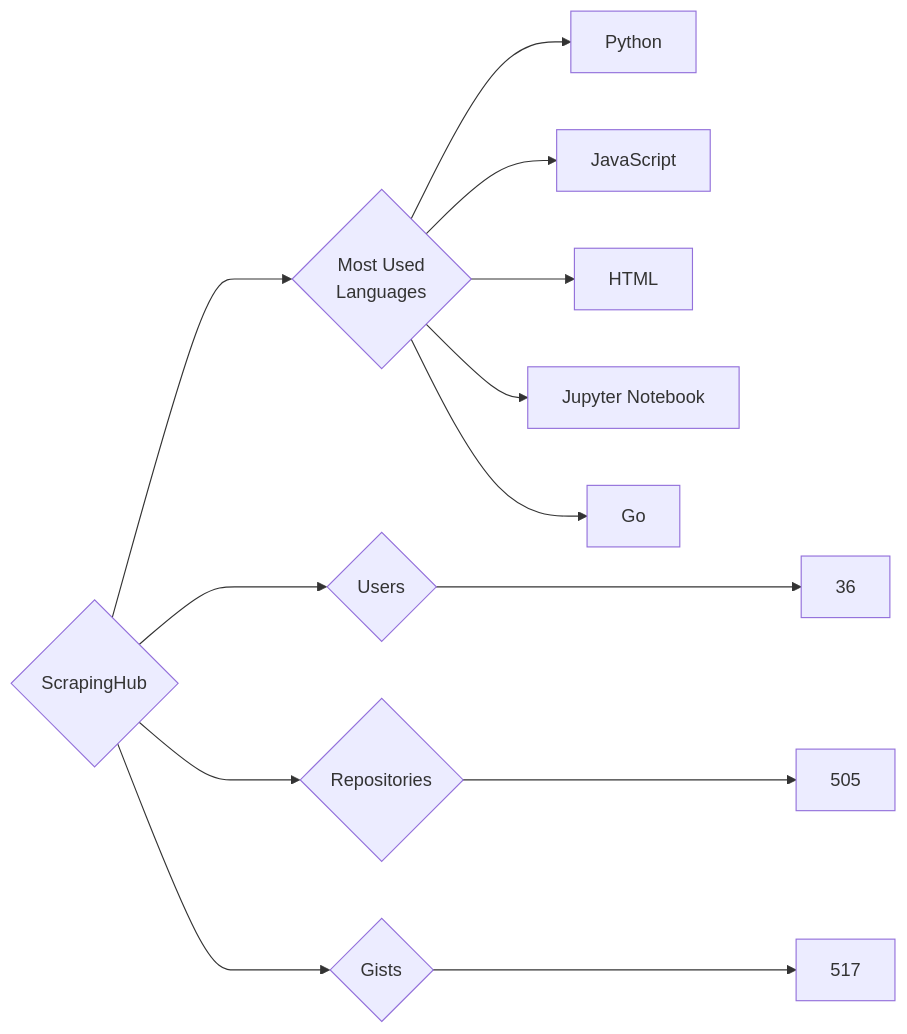
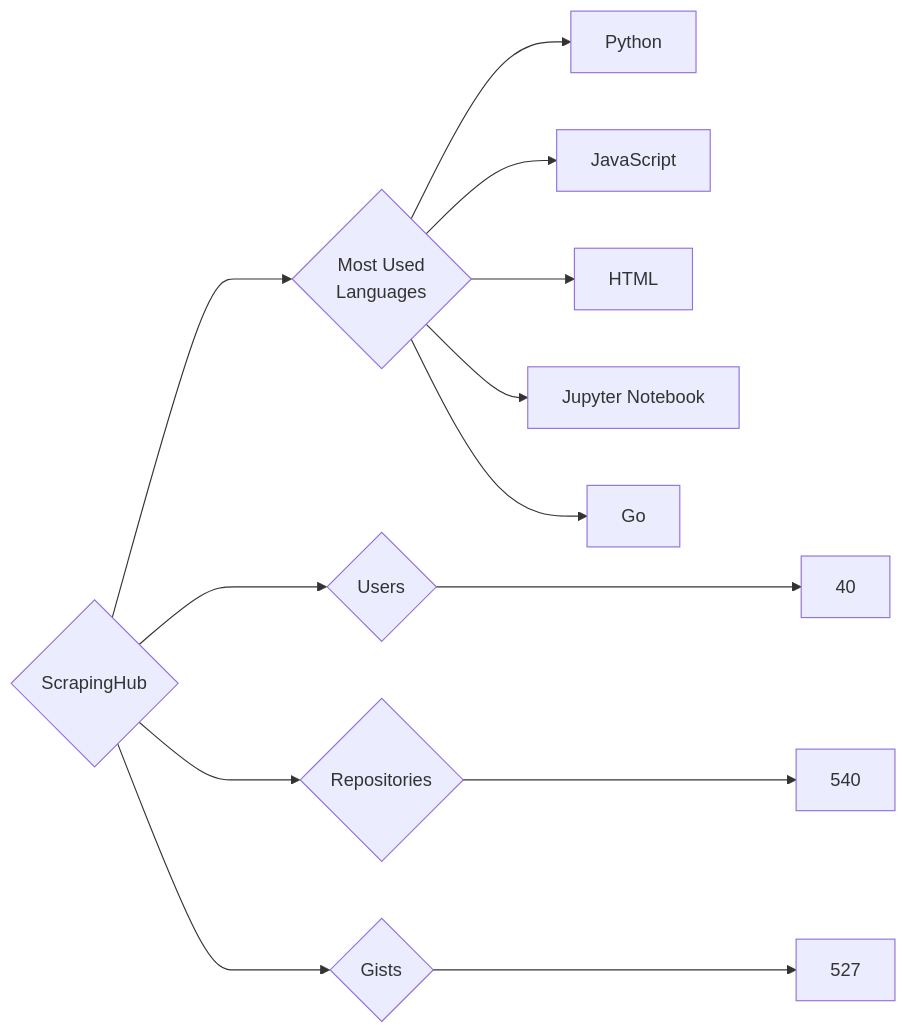
The diagram in targets/ScrapingHub/README.md (trickest/insiders), drawn with Mermaid before and after one commit. The commit also changed 920 other files, not shown here.

````diff
--- a/targets/ScrapingHub/README.md
+++ b/targets/ScrapingHub/README.md
@@ -3,13 +3,13 @@
 ```mermaid
 graph LR
 COMPANY_NAME{ScrapingHub}
-COMPANY_NAME ---> U{Users} ---> UN[36]
-COMPANY_NAME ---> R{Repositories} ---> RN[505]
-COMPANY_NAME ---> G{Gists} ---> GN[517]
+COMPANY_NAME ---> U{Users} ---> UN[40]
+COMPANY_NAME ---> R{Repositories} ---> RN[540]
+COMPANY_NAME ---> G{Gists} ---> GN[527]
 COMPANY_NAME ---> ML{Most Used<br>Languages}
 ML --> Python[Python]
 ML --> JavaScript[JavaScript]
 ML --> HTML[HTML]
 ML --> Jupyter_Notebook[Jupyter Notebook]
 ML --> Go[Go]
 ```
````
